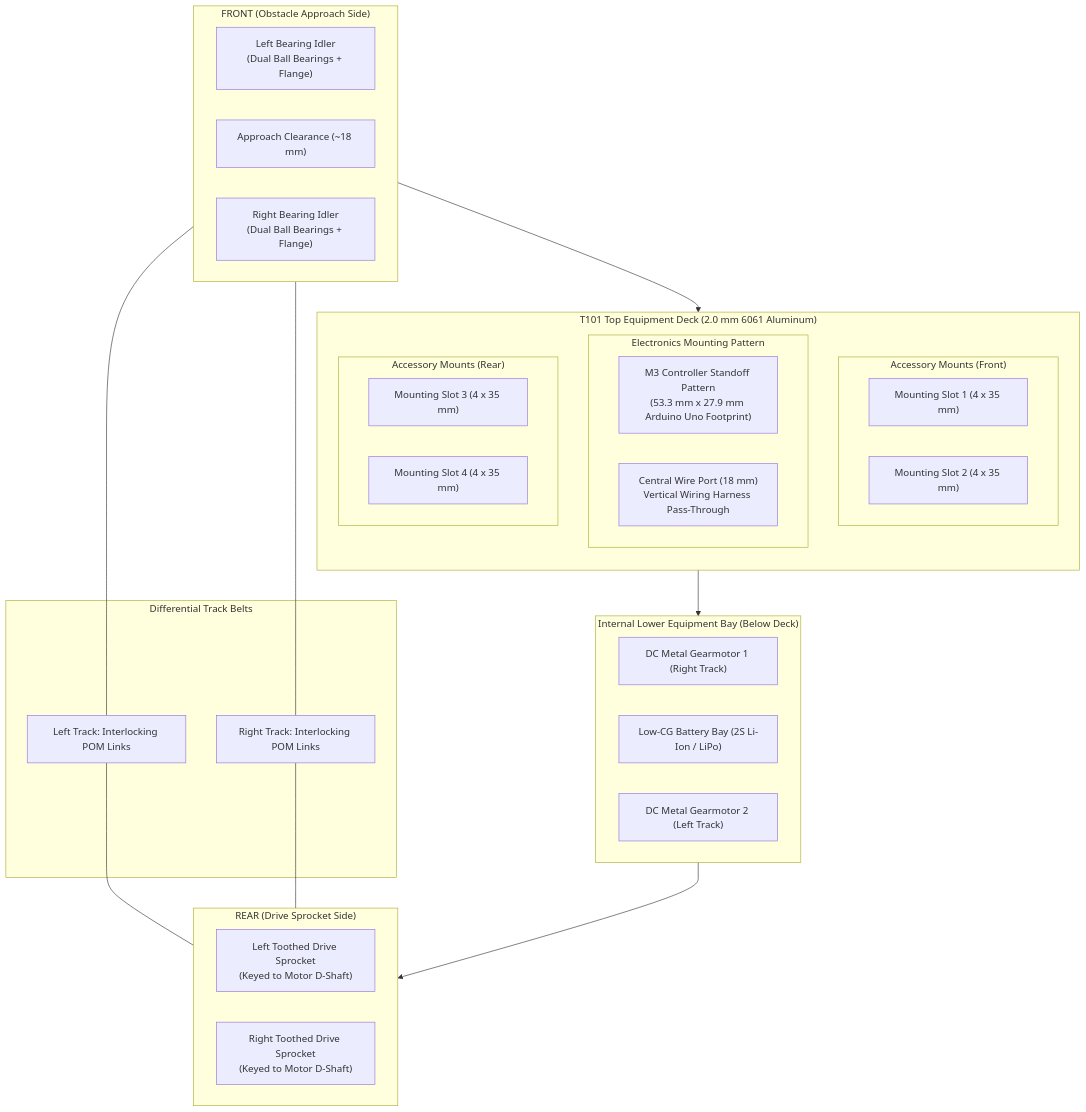
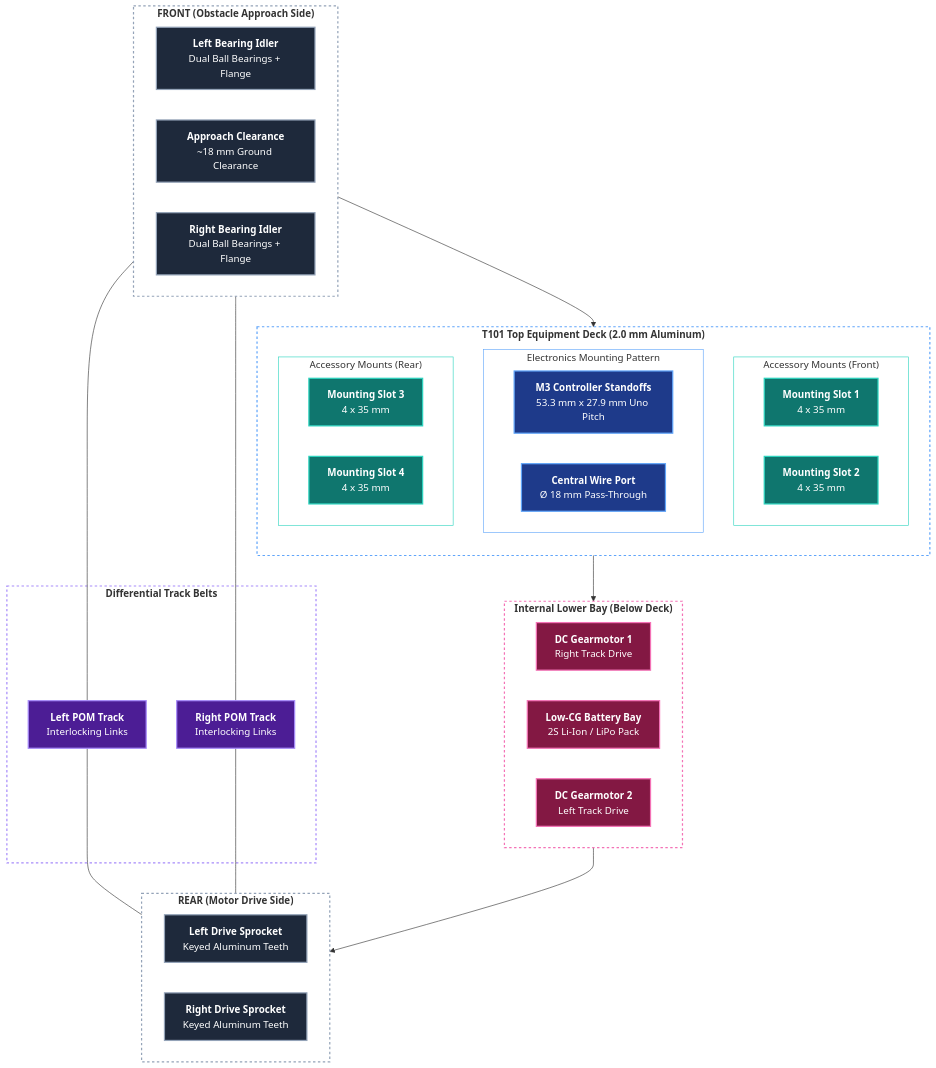
The first of 2 diagrams in body/README.md (dof2bot/trackedbot), drawn with Mermaid before and after one commit. The commit also changed other lines of this file and 8 other files, not shown here.

````diff
--- a/body/README.md
+++ b/body/README.md
@@ -73,52 +73,73 @@
 ```mermaid
 flowchart TD
-    subgraph Front ["FRONT (Obstacle Approach Side)"]
+    subgraph Front ["<b>FRONT (Obstacle Approach Side)</b>"]
         direction LR
-        IDLER_L["Left Bearing Idler<br/>(Dual Ball Bearings + Flange)"]
-        APPROACH["Approach Clearance (~18 mm)"]
-        IDLER_R["Right Bearing Idler<br/>(Dual Ball Bearings + Flange)"]
+        IDLER_L["<b>Left Bearing Idler</b><br/>Dual Ball Bearings + Flange"]
+        APPROACH["<b>Approach Clearance</b><br/>~18 mm Ground Clearance"]
+        IDLER_R["<b>Right Bearing Idler</b><br/>Dual Ball Bearings + Flange"]
     end
 
-    subgraph ChassisDeck ["T101 Top Equipment Deck (2.0 mm 6061 Aluminum)"]
+    subgraph ChassisDeck ["<b>T101 Top Equipment Deck (2.0 mm Aluminum)</b>"]
         direction TB
 
         subgraph UpperSlots ["Accessory Mounts (Front)"]
-            SLOT1["Mounting Slot 1 (4 x 35 mm)"]
-            SLOT2["Mounting Slot 2 (4 x 35 mm)"]
+            SLOT1["<b>Mounting Slot 1</b><br/>4 x 35 mm"]
+            SLOT2["<b>Mounting Slot 2</b><br/>4 x 35 mm"]
         end
 
         subgraph ElectronicsBay ["Electronics Mounting Pattern"]
-            STANDOFFS["M3 Controller Standoff Pattern<br/>(53.3 mm x 27.9 mm Arduino Uno Footprint)"]
-            WIRE_PORT["Central Wire Port (18 mm)<br/>Vertical Wiring Harness Pass-Through"]
+            STANDOFFS["<b>M3 Controller Standoffs</b><br/>53.3 mm x 27.9 mm Uno Pitch"]
+            WIRE_PORT["<b>Central Wire Port</b><br/>Ø 18 mm Pass-Through"]
         end
 
         subgraph LowerSlots ["Accessory Mounts (Rear)"]
-            SLOT3["Mounting Slot 3 (4 x 35 mm)"]
-            SLOT4["Mounting Slot 4 (4 x 35 mm)"]
+            SLOT3["<b>Mounting Slot 3</b><br/>4 x 35 mm"]
+            SLOT4["<b>Mounting Slot 4</b><br/>4 x 35 mm"]
         end
     end
 
-    subgraph InternalBay ["Internal Lower Equipment Bay (Below Deck)"]
-        MOTOR1["DC Metal Gearmotor 1 (Right Track)"]
-        BATTERY["Low-CG Battery Bay (2S Li-Ion / LiPo)"]
-        MOTOR2["DC Metal Gearmotor 2 (Left Track)"]
+    subgraph InternalBay ["<b>Internal Lower Bay (Below Deck)</b>"]
+        MOTOR1["<b>DC Gearmotor 1</b><br/>Right Track Drive"]
+        BATTERY["<b>Low-CG Battery Bay</b><br/>2S Li-Ion / LiPo Pack"]
+        MOTOR2["<b>DC Gearmotor 2</b><br/>Left Track Drive"]
     end
 
-    subgraph Rear ["REAR (Drive Sprocket Side)"]
+    subgraph Rear ["<b>REAR (Motor Drive Side)</b>"]
         direction LR
-        SPROCKET_L["Left Toothed Drive Sprocket<br/>(Keyed to Motor D-Shaft)"]
-        SPROCKET_R["Right Toothed Drive Sprocket<br/>(Keyed to Motor D-Shaft)"]
+        SPROCKET_L["<b>Left Drive Sprocket</b><br/>Keyed Aluminum Teeth"]
+        SPROCKET_R["<b>Right Drive Sprocket</b><br/>Keyed Aluminum Teeth"]
     end
 
-    subgraph Tracks ["Differential Track Belts"]
-        TRACK_L["Left Track: Interlocking POM Links"]
-        TRACK_R["Right Track: Interlocking POM Links"]
+    subgraph Tracks ["<b>Differential Track Belts</b>"]
+        TRACK_L["<b>Left POM Track</b><br/>Interlocking Links"]
+        TRACK_R["<b>Right POM Track</b><br/>Interlocking Links"]
     end
 
     IDLER_L --- TRACK_L --- SPROCKET_L
     IDLER_R --- TRACK_R --- SPROCKET_R
 
     Front --> ChassisDeck
     ChassisDeck --> InternalBay
     InternalBay --> Rear
+
+    classDef wheelStyle fill:#1e293b,stroke:#94a3b8,stroke-width:2px,color:#ffffff;
+    classDef slotStyle fill:#0f766e,stroke:#2dd4bf,stroke-width:2px,color:#ffffff;
+    classDef elecStyle fill:#1e3a8a,stroke:#60a5fa,stroke-width:2px,color:#ffffff;
+    classDef motorStyle fill:#831843,stroke:#f472b6,stroke-width:2px,color:#ffffff;
+    classDef trackStyle fill:#4c1d95,stroke:#a78bfa,stroke-width:2px,color:#ffffff;
+
+    class IDLER_L,IDLER_R,APPROACH,SPROCKET_L,SPROCKET_R wheelStyle;
+    class SLOT1,SLOT2,SLOT3,SLOT4 slotStyle;
+    class STANDOFFS,WIRE_PORT elecStyle;
+    class MOTOR1,BATTERY,MOTOR2 motorStyle;
+    class TRACK_L,TRACK_R trackStyle;
+
+    style Front fill:none,stroke:#94a3b8,stroke-width:2px,stroke-dasharray: 4 4
+    style ChassisDeck fill:none,stroke:#60a5fa,stroke-width:2px,stroke-dasharray: 4 4
+    style UpperSlots fill:none,stroke:#2dd4bf,stroke-width:1px
+    style ElectronicsBay fill:none,stroke:#60a5fa,stroke-width:1px
+    style LowerSlots fill:none,stroke:#2dd4bf,stroke-width:1px
+    style InternalBay fill:none,stroke:#f472b6,stroke-width:2px,stroke-dasharray: 4 4
+    style Rear fill:none,stroke:#94a3b8,stroke-width:2px,stroke-dasharray: 4 4
+    style Tracks fill:none,stroke:#a78bfa,stroke-width:2px,stroke-dasharray: 4 4
 ```
````
